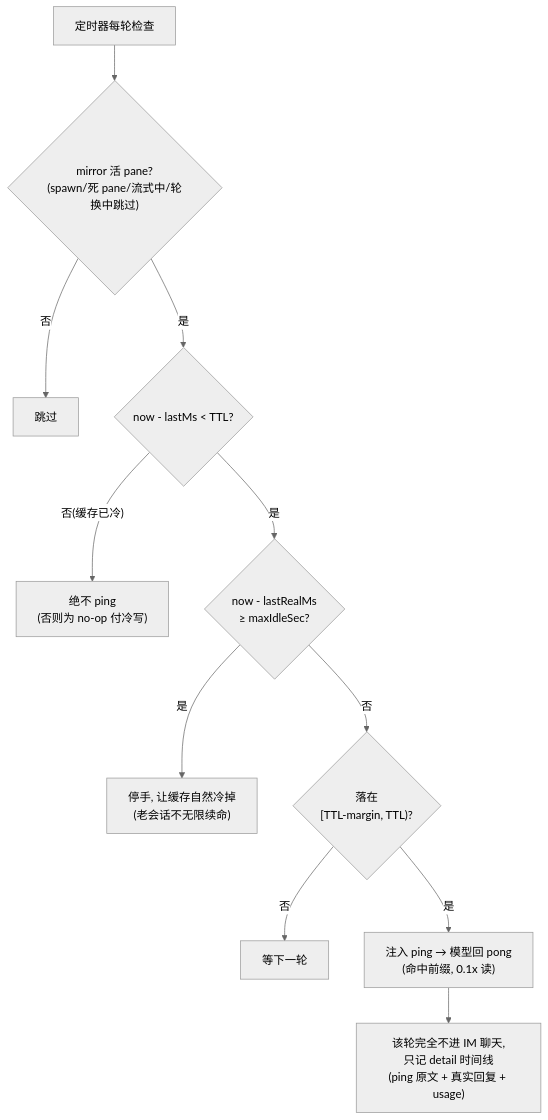
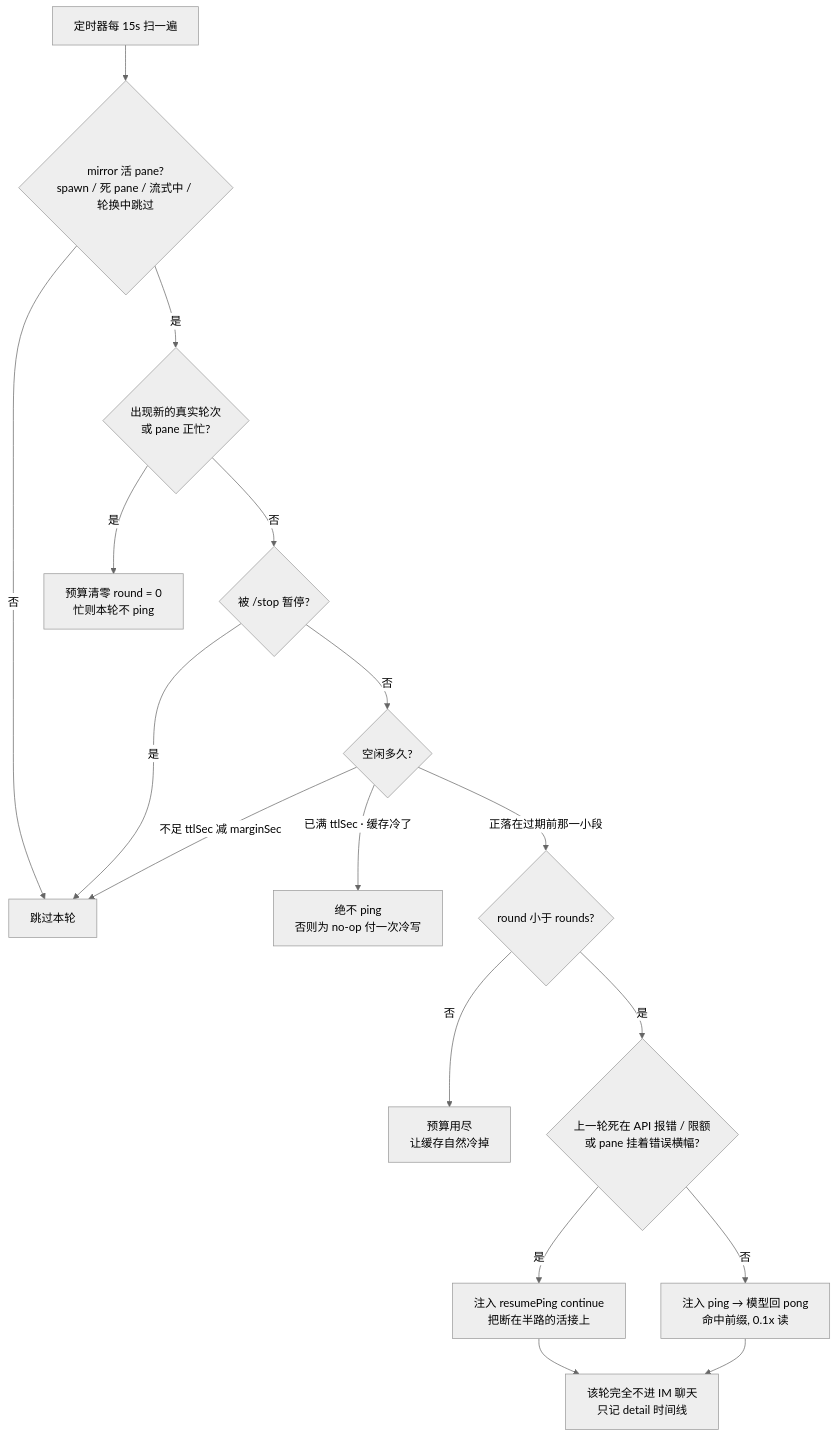
The ninth of 10 diagrams in 技术说明.md (guxi11/wezard), drawn with Mermaid (neutral theme) before and after one commit. The commit also changed other lines of this file and 2 other files, not shown here.

First line of the commit message:
docs: 对外文档补图, 并修正 5 处与代码不符的说法

````diff
--- a/技术说明.md
+++ b/技术说明.md
@@ -194,13 +242,19 @@
 ```mermaid
 flowchart TD
-    tick["定时器每轮检查"] --> gate{"mirror 活 pane?<br/>(spawn/死 pane/流式中/轮换中跳过)"}
-    gate -- 否 --> skip["跳过"]
-    gate -- 是 --> warm{"now - lastMs < TTL?"}
-    warm -- "否(缓存已冷)" --> skip2["绝不 ping<br/>(否则为 no-op 付冷写)"]
-    warm -- 是 --> idle{"now - lastRealMs<br/>≥ maxIdleSec?"}
-    idle -- 是 --> stop["停手, 让缓存自然冷掉<br/>(老会话不无限续命)"]
-    idle -- 否 --> window{"落在<br/>[TTL-margin, TTL)?"}
-    window -- 否 --> wait["等下一轮"]
-    window -- 是 --> ping["注入 ping → 模型回 pong<br/>(命中前缀, 0.1x 读)"]
-    ping --> quiet["该轮完全不进 IM 聊天,<br/>只记 detail 时间线<br/>(ping 原文 + 真实回复 + usage)"]
+    tick["定时器每 15s 扫一遍"] --> gate{"mirror 活 pane?<br/>spawn / 死 pane / 流式中 / 轮换中跳过"}
+    gate -- 否 --> skip["跳过本轮"]
+    gate -- 是 --> real{"出现新的真实轮次<br/>或 pane 正忙?"}
+    real -- 是 --> reset["预算清零 round = 0<br/>忙则本轮不 ping"]
+    real -- 否 --> paused{"被 /stop 暂停?"}
+    paused -- 是 --> skip
+    paused -- 否 --> warm{"空闲多久?"}
+    warm -- "不足 ttlSec 减 marginSec" --> skip
+    warm -- "已满 ttlSec · 缓存冷了" --> cold["绝不 ping<br/>否则为 no-op 付一次冷写"]
+    warm -- "正落在过期前那一小段" --> budget{"round 小于 rounds?"}
+    budget -- 否 --> stop["预算用尽<br/>让缓存自然冷掉"]
+    budget -- 是 --> stall{"上一轮死在 API 报错 / 限额<br/>或 pane 挂着错误横幅?"}
+    stall -- 是 --> resume["注入 resumePing continue<br/>把断在半路的活接上"]
+    stall -- 否 --> ping["注入 ping → 模型回 pong<br/>命中前缀, 0.1x 读"]
+    resume --> quiet
+    ping --> quiet["该轮完全不进 IM 聊天<br/>只记 detail 时间线"]
 ```
````
